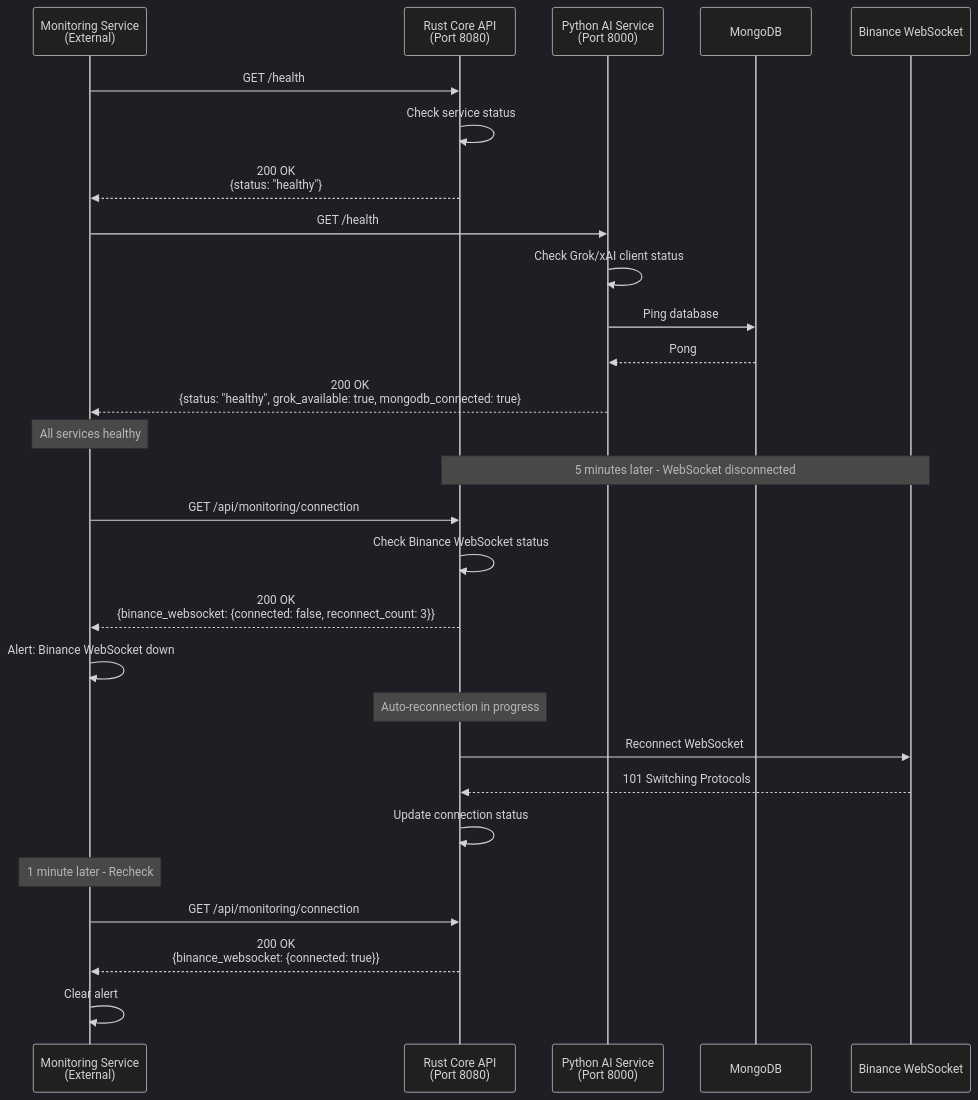
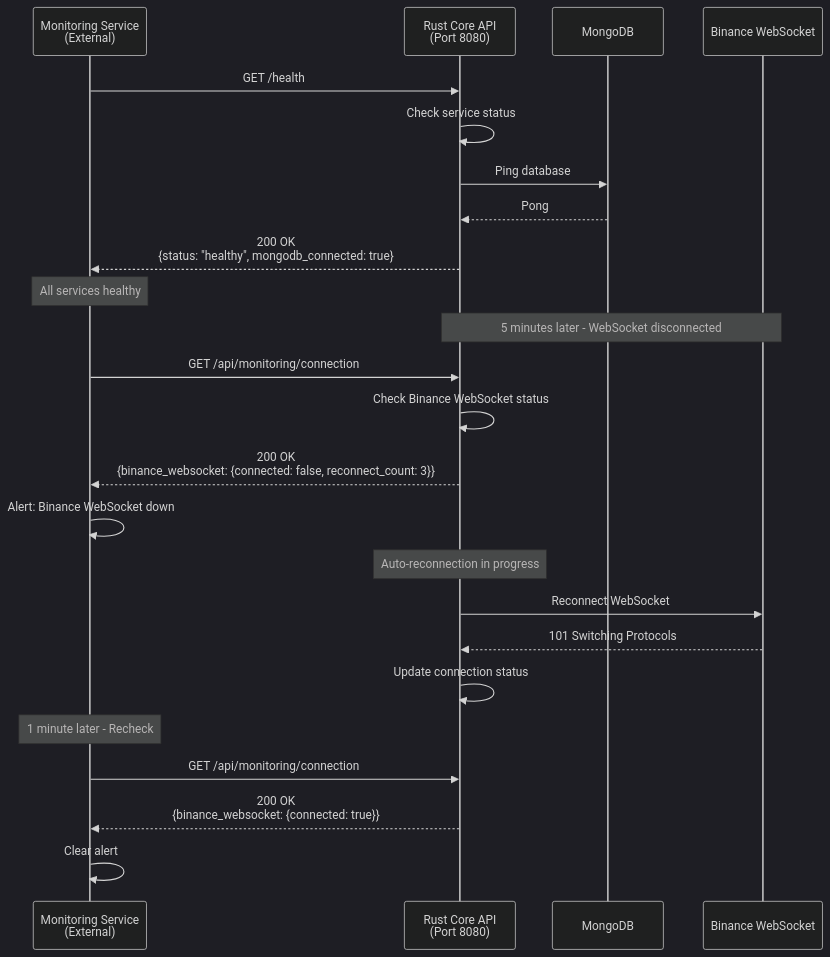
Diagram 13 of 14 in specifications/02-design/2.3-api/API-SEQUENCES.mermaid (magic-ai-trading-bot/bot-core), drawn with Mermaid (dark theme) before and after one commit. The commit also changed other lines of this file and 92 other files, not shown here.

First line of the commit message:
chore: complete Python AI service cleanup across entire codebase

````diff
--- a/specifications/02-design/2.3-api/API-SEQUENCES.mermaid
+++ b/specifications/02-design/2.3-api/API-SEQUENCES.mermaid
@@ -557,51 +514,43 @@
 ```mermaid
 sequenceDiagram
     participant Monitoring as Monitoring Service<br/>(External)
     participant RustAPI as Rust Core API<br/>(Port 8080)
-    participant PythonAI as Python AI Service<br/>(Port 8000)
     participant MongoDB
     participant Binance as Binance WebSocket
 
     Monitoring->>RustAPI: GET /health
 
     RustAPI->>RustAPI: Check service status
+    RustAPI->>MongoDB: Ping database
+    MongoDB-->>RustAPI: Pong
 
-    RustAPI-->>Monitoring: 200 OK<br/>{status: "healthy"}
-
-    Monitoring->>PythonAI: GET /health
-
-    PythonAI->>PythonAI: Check Grok/xAI client status
-    PythonAI->>MongoDB: Ping database
-
-    MongoDB-->>PythonAI: Pong
-
-    PythonAI-->>Monitoring: 200 OK<br/>{status: "healthy", grok_available: true, mongodb_connected: true}
+    RustAPI-->>Monitoring: 200 OK<br/>{status: "healthy", mongodb_connected: true}
 
     Note over Monitoring: All services healthy
 
     Note over RustAPI,Binance: 5 minutes later - WebSocket disconnected
 
     Monitoring->>RustAPI: GET /api/monitoring/connection
 
     RustAPI->>RustAPI: Check Binance WebSocket status
 
     RustAPI-->>Monitoring: 200 OK<br/>{binance_websocket: {connected: false, reconnect_count: 3}}
 
     Monitoring->>Monitoring: Alert: Binance WebSocket down
 
     Note over RustAPI: Auto-reconnection in progress
 
     RustAPI->>Binance: Reconnect WebSocket
 
     Binance-->>RustAPI: 101 Switching Protocols
 
     RustAPI->>RustAPI: Update connection status
 
     Note over Monitoring: 1 minute later - Recheck
 
     Monitoring->>RustAPI: GET /api/monitoring/connection
 
     RustAPI-->>Monitoring: 200 OK<br/>{binance_websocket: {connected: true}}
 
     Monitoring->>Monitoring: Clear alert
 ```
````
